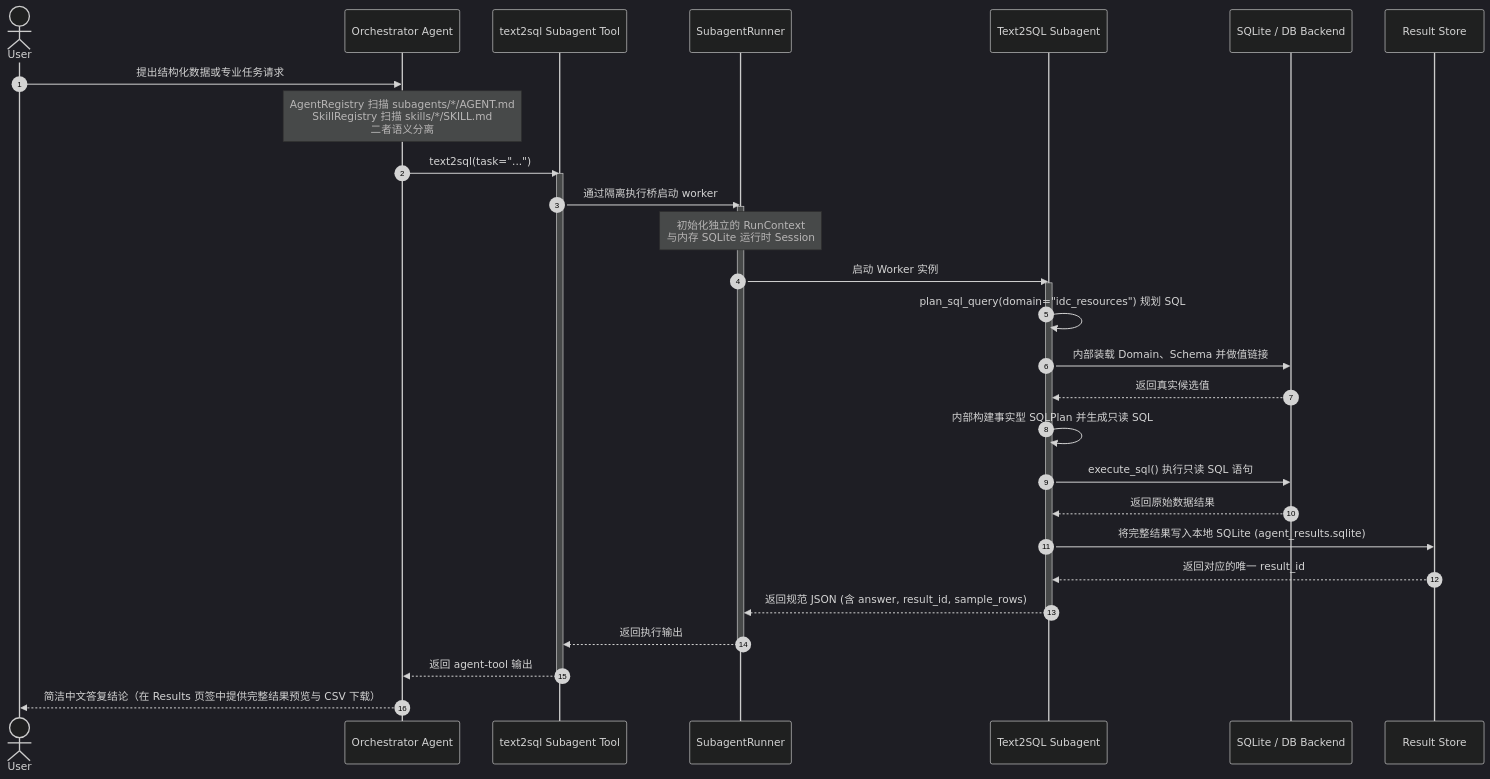
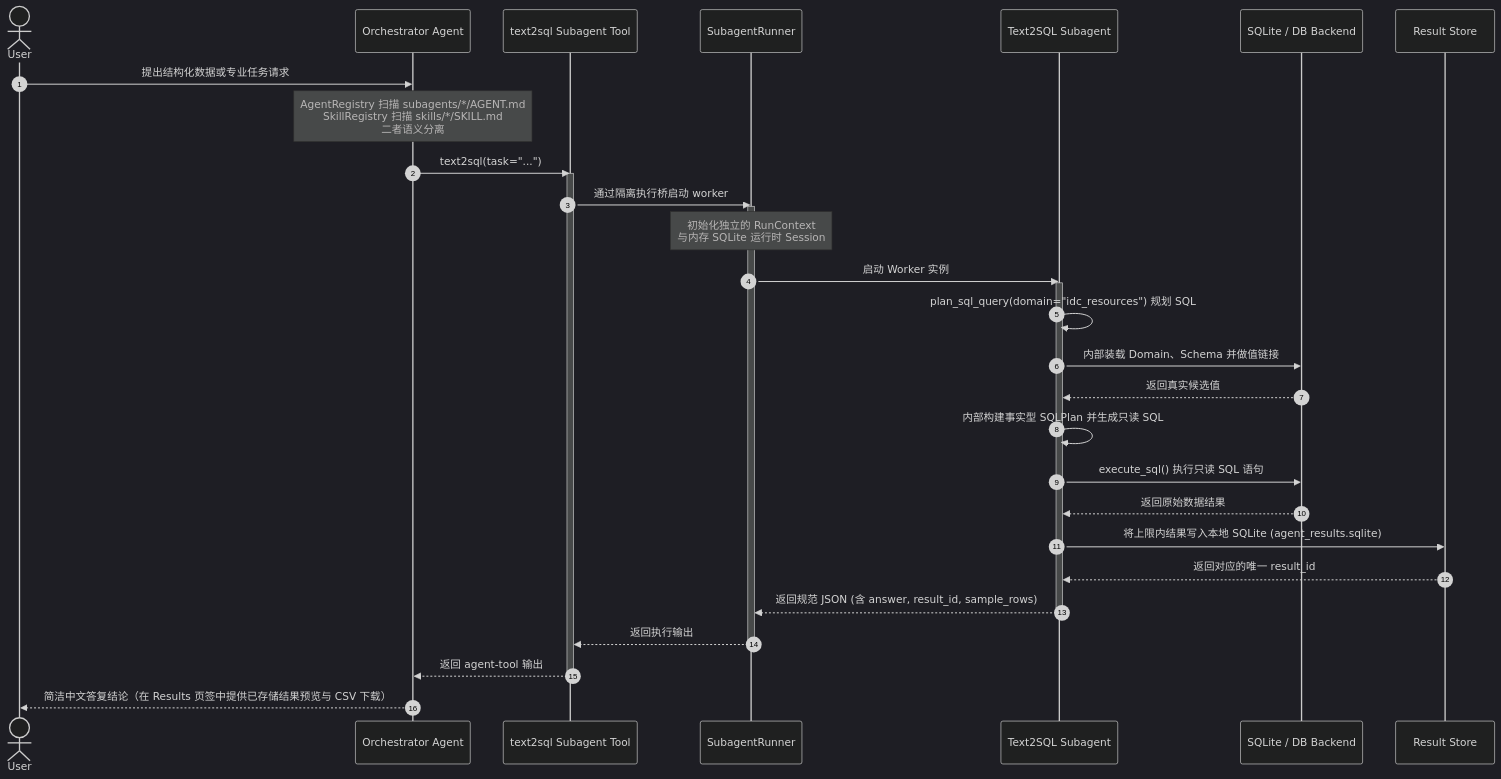
One commit to chick26/agentweave changed the diagram in README.zh-CN.md. Above: the diagram before and after it, drawn with Mermaid (dark theme). The commit also changed other lines of this file and 71 other files, not shown here.

````diff
--- a/README.zh-CN.md
+++ b/README.zh-CN.md
@@ -9,37 +9,37 @@
 ```mermaid
 sequenceDiagram
     autonumber
     actor User
     participant Orchestrator as Orchestrator Agent
     participant AgentTool as text2sql Subagent Tool
     participant Runner as SubagentRunner
     participant Worker as Text2SQL Subagent
     participant DB as SQLite / DB Backend
     participant Store as Result Store
 
     User->>Orchestrator: 提出结构化数据或专业任务请求
     Note over Orchestrator: AgentRegistry 扫描 subagents/*/AGENT.md<br/>SkillRegistry 扫描 skills/*/SKILL.md<br/>二者语义分离
     Orchestrator->>AgentTool: text2sql(task="...")
     activate AgentTool
     AgentTool->>Runner: 通过隔离执行桥启动 worker
     activate Runner
     Note over Runner: 初始化独立的 RunContext<br/>与内存 SQLite 运行时 Session
     Runner->>Worker: 启动 Worker 实例
     activate Worker
 
     Worker->>Worker: plan_sql_query(domain="idc_resources") 规划 SQL
     Worker->>DB: 内部装载 Domain、Schema 并做值链接
     DB-->>Worker: 返回真实候选值
     Worker->>Worker: 内部构建事实型 SQLPlan 并生成只读 SQL
     Worker->>DB: execute_sql() 执行只读 SQL 语句
     DB-->>Worker: 返回原始数据结果
-    Worker->>Store: 将完整结果写入本地 SQLite (agent_results.sqlite)
+    Worker->>Store: 将上限内结果写入本地 SQLite (agent_results.sqlite)
     Store-->>Worker: 返回对应的唯一 result_id
     Worker-->>Runner: 返回规范 JSON (含 answer, result_id, sample_rows)
     deactivate Worker
     Runner-->>AgentTool: 返回执行输出
     deactivate Runner
     AgentTool-->>Orchestrator: 返回 agent-tool 输出
     deactivate AgentTool
-    Orchestrator-->>User: 简洁中文答复结论（在 Results 页签中提供完整结果预览与 CSV 下载）
+    Orchestrator-->>User: 简洁中文答复结论（在 Results 页签中提供已存储结果预览与 CSV 下载）
 ```
````
